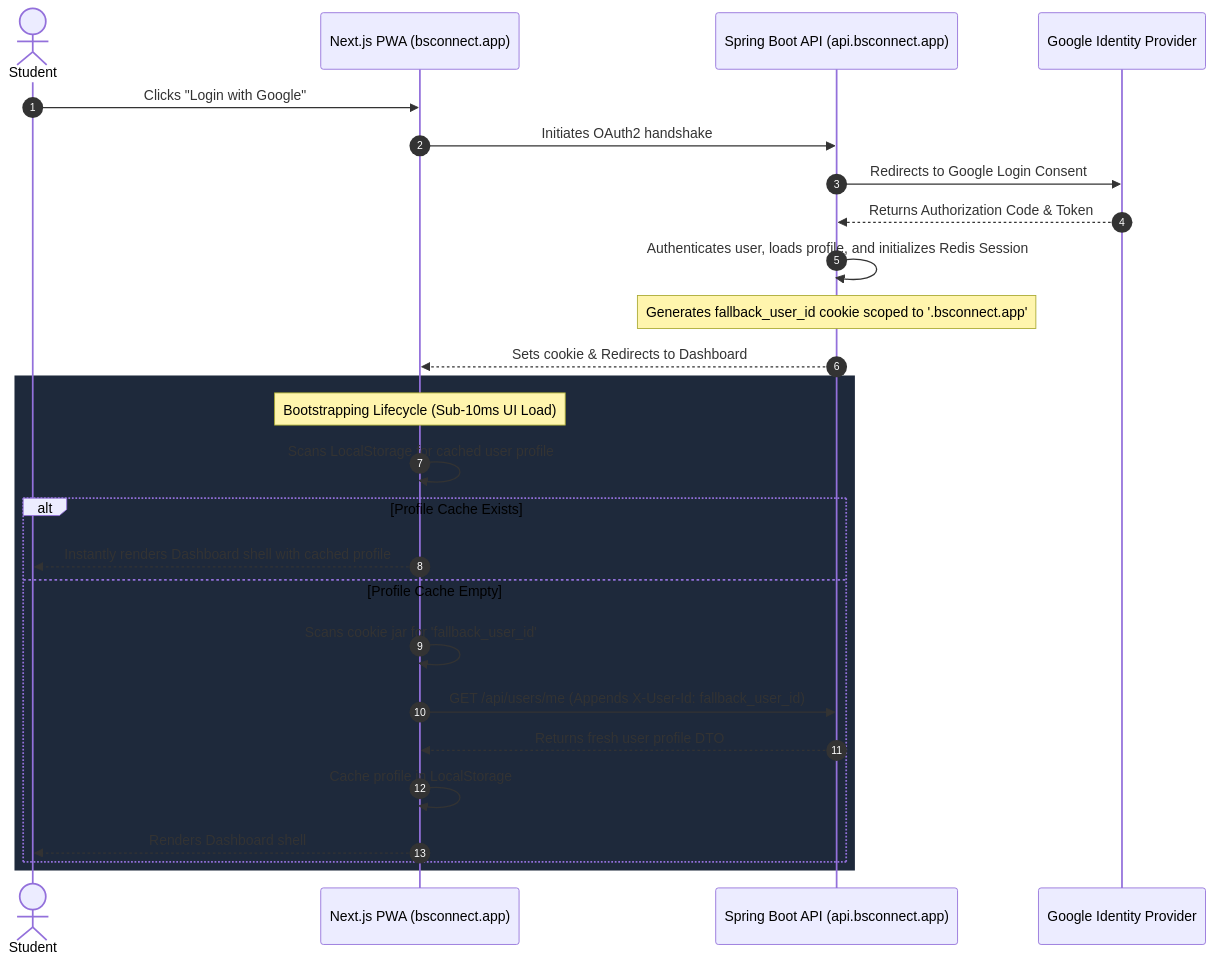
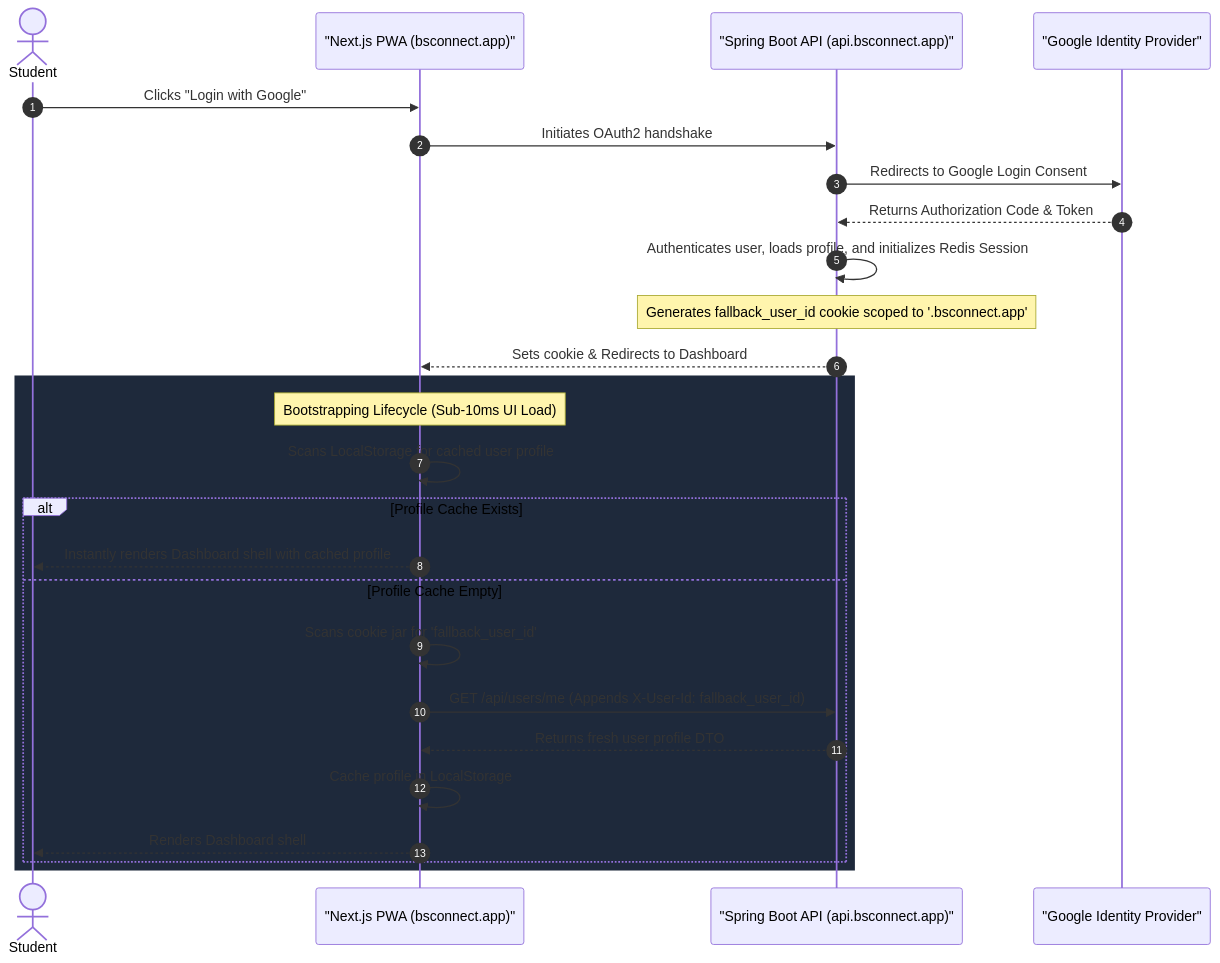
The second of 3 diagrams in README.md (23f1001556/BS-Connect-), drawn with Mermaid before and after one commit. The commit also changed other lines of this file, not shown here.

Commit message:
Fix formatting issues in README.md diagrams

````diff
--- a/README.md
+++ b/README.md
@@ -73,30 +73,30 @@
 ```mermaid
 sequenceDiagram
     autonumber
     actor User as Student
-    participant Client as Next.js PWA (bsconnect.app)
-    participant API as Spring Boot API (api.bsconnect.app)
-    participant Google as Google Identity Provider
+    participant Client as "Next.js PWA (bsconnect.app)"
+    participant API as "Spring Boot API (api.bsconnect.app)"
+    participant Google as "Google Identity Provider"
 
     User->>Client: Clicks "Login with Google"
     Client->>API: Initiates OAuth2 handshake
     API->>Google: Redirects to Google Login Consent
     Google-->>API: Returns Authorization Code & Token
     API->>API: Authenticates user, loads profile, and initializes Redis Session
     Note over API: Generates fallback_user_id cookie scoped to '.bsconnect.app'
     API-->>Client: Sets cookie & Redirects to Dashboard
     
     rect rgb(30, 41, 59)
         Note over Client: Bootstrapping Lifecycle (Sub-10ms UI Load)
         Client->>Client: Scans LocalStorage for cached user profile
         alt Profile Cache Exists
             Client-->>User: Instantly renders Dashboard shell with cached profile
         else Profile Cache Empty
             Client->>Client: Scans cookie jar for 'fallback_user_id'
             Client->>API: GET /api/users/me (Appends X-User-Id: fallback_user_id)
             API-->>Client: Returns fresh user profile DTO
             Client->>Client: Cache profile in LocalStorage
             Client-->>User: Renders Dashboard shell
         end
     end
 ```
````
